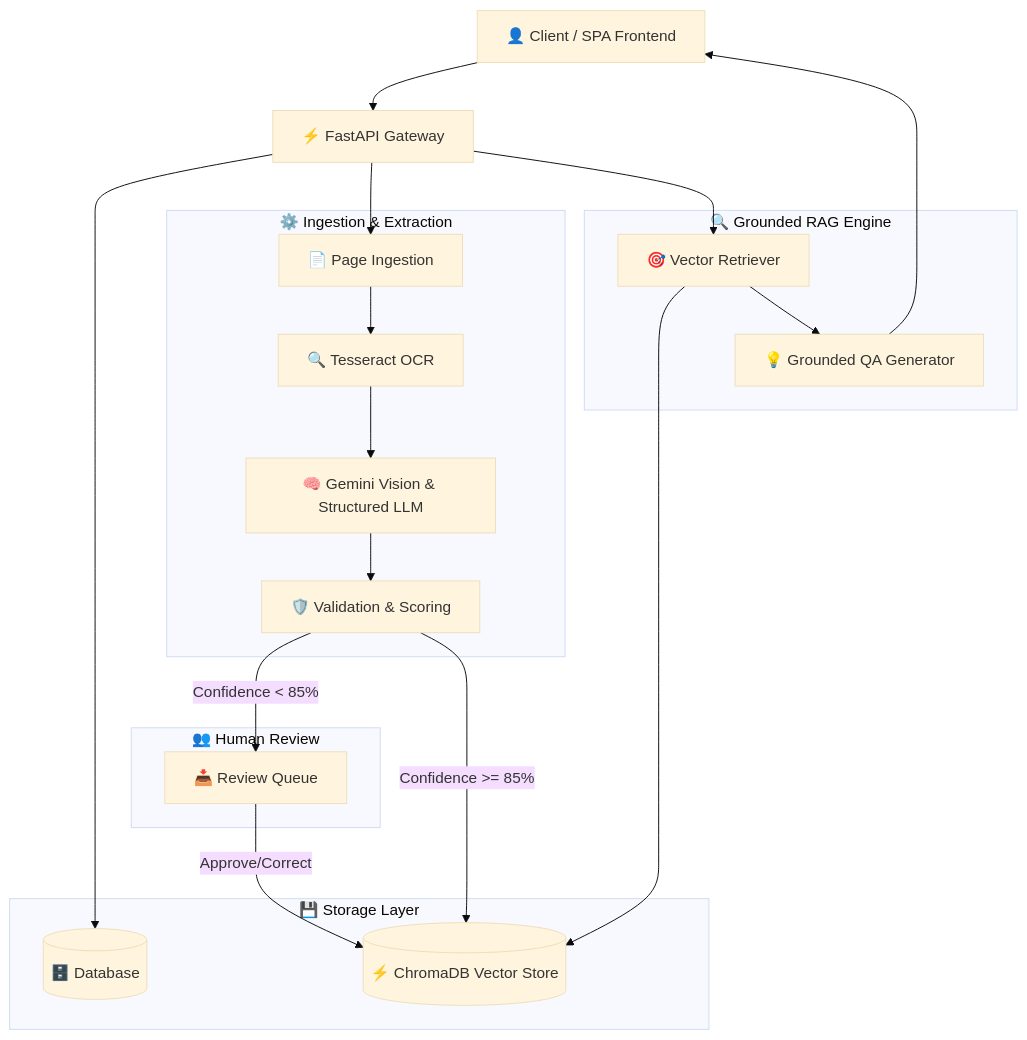
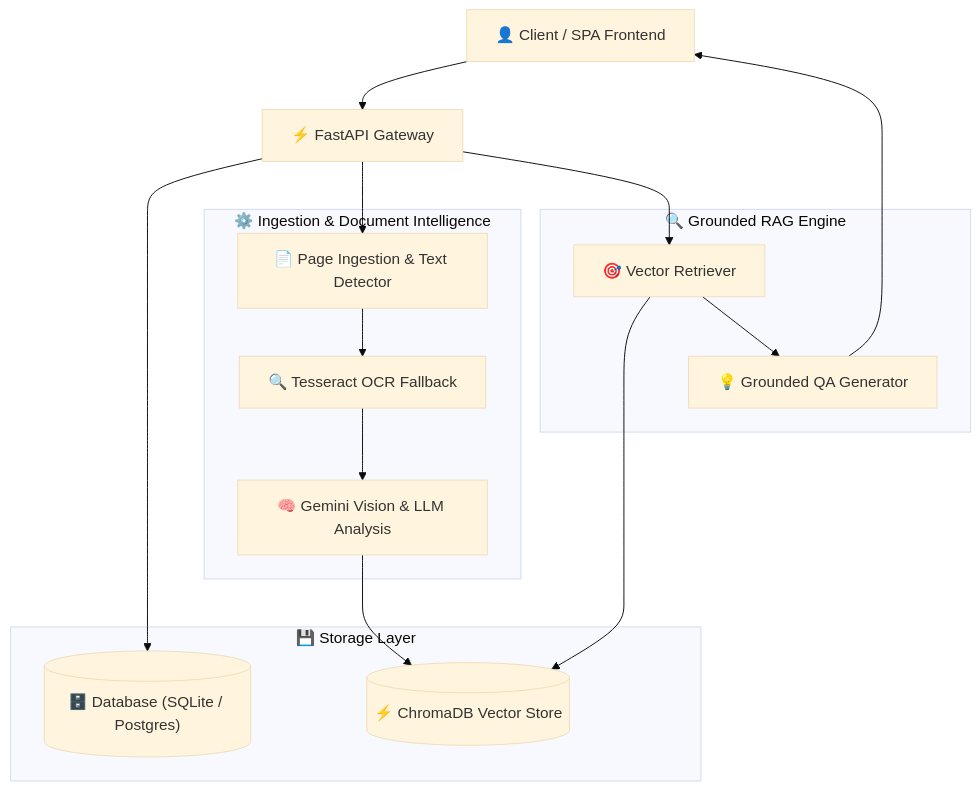
The diagram in README.md (GOKULPRASATH-S-G/DocuMind-AI), drawn with Mermaid (base theme) before and after one commit. The commit also changed other lines of this file, not shown here.

Commit message:
Update README.md for universal document intelligence and instant ChromaDB indexing

````diff
--- a/README.md
+++ b/README.md
@@ -35,36 +32,28 @@
 ```mermaid
 flowchart TD
     User["👤 Client / SPA Frontend"]
     Gateway["⚡ FastAPI Gateway"]
 
     subgraph Storage ["💾 Storage Layer"]
-        DB[("🗄️ Database")]
+        DB[("🗄️ Database (SQLite / Postgres)")]
         Chroma[("⚡ ChromaDB Vector Store")]
     end
 
-    subgraph Processing ["⚙️ Ingestion & Extraction"]
-        Ingest["📄 Page Ingestion"]
-        OCR["🔍 Tesseract OCR"]
-        GeminiExt["🧠 Gemini Vision & Structured LLM"]
-        Validation["🛡️ Validation & Scoring"]
-    end
-
-    subgraph Review ["👥 Human Review"]
-        Queue["📥 Review Queue"]
+    subgraph Processing ["⚙️ Ingestion & Document Intelligence"]
+        Ingest["📄 Page Ingestion & Text Detector"]
+        OCR["🔍 Tesseract OCR Fallback"]
+        GeminiExt["🧠 Gemini Vision & LLM Analysis"]
     end
 
     subgraph RAG ["🔍 Grounded RAG Engine"]
         Retriever["🎯 Vector Retriever"]
         Synthesizer["💡 Grounded QA Generator"]
     end
 
     User --> Gateway
     Gateway --> DB
     Gateway --> Ingest
-    Ingest --> OCR --> GeminiExt --> Validation
-    Validation -->|Confidence < 85%| Queue
-    Validation -->|Confidence >= 85%| Chroma
-    Queue -->|Approve/Correct| Chroma
+    Ingest --> OCR --> GeminiExt --> Chroma
     Gateway --> Retriever --> Chroma
     Retriever --> Synthesizer --> User
 ```
````
